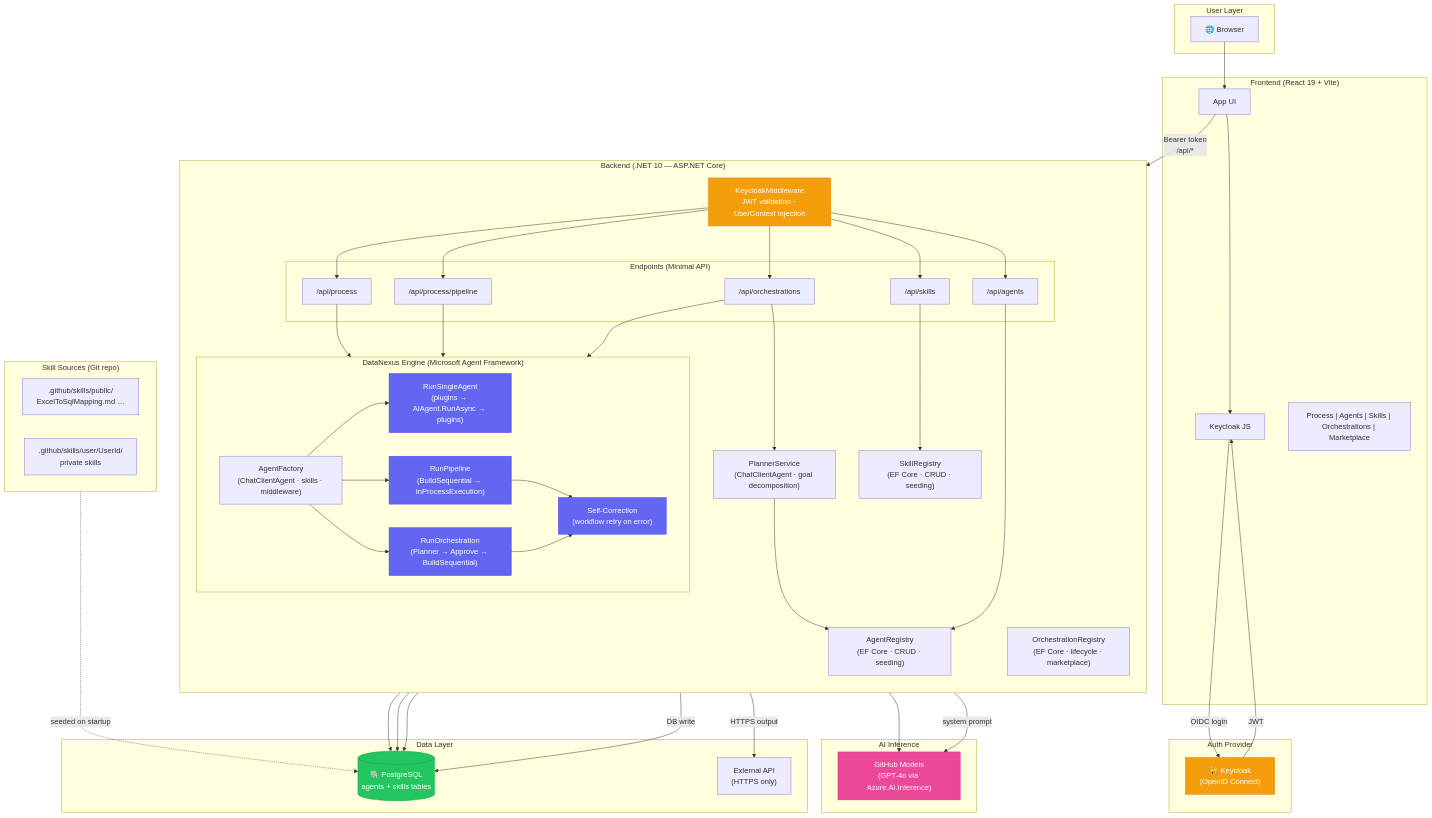
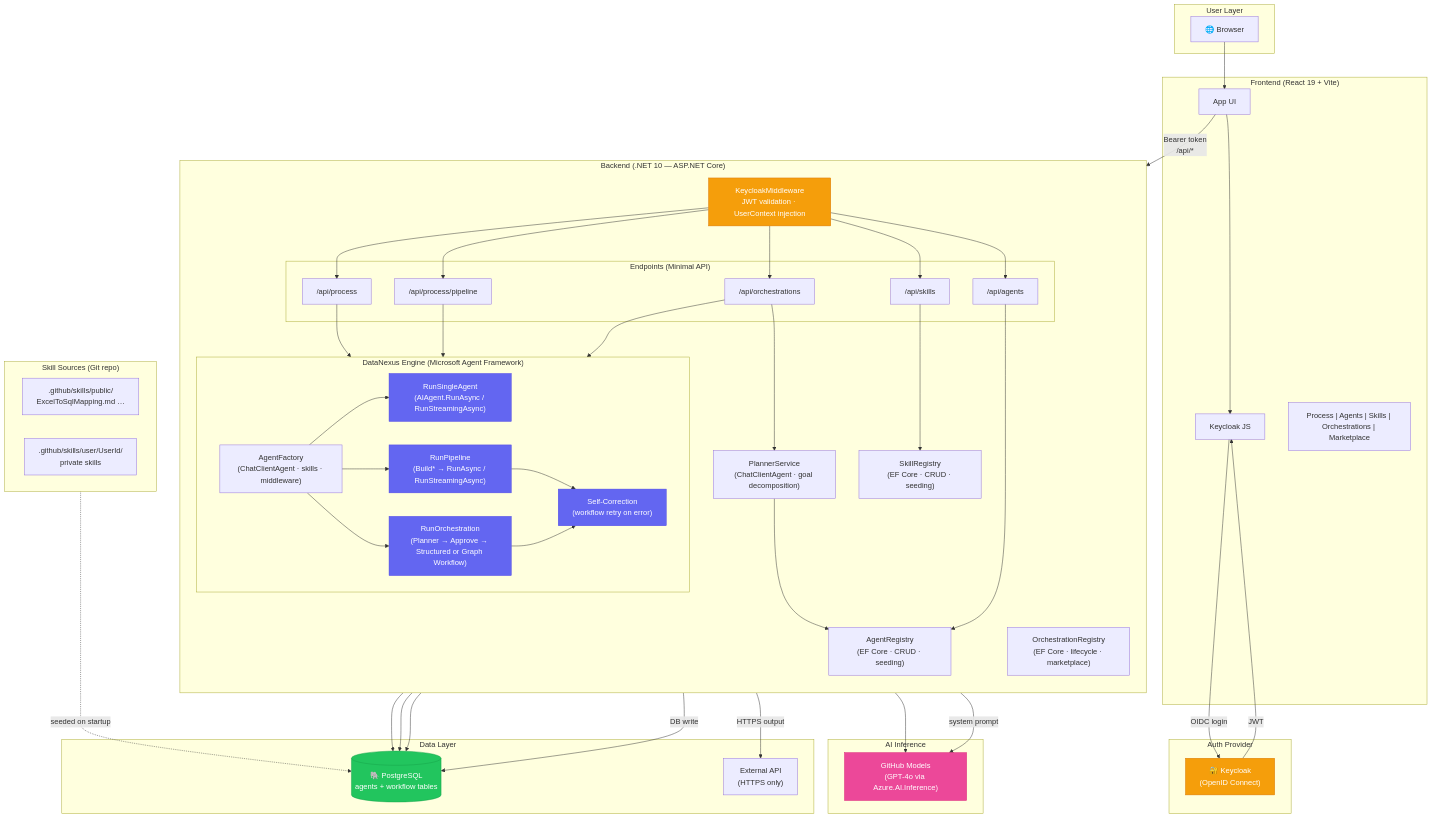
Before and after one commit to lishuren/DataNexusAgent: the diagram in .github/copilot-instructions.md, drawn with Mermaid. The commit also changed other lines of this file and 47 other files, not shown here.

First line of the commit message:
feat: Enhance orchestration and pipeline execution modes with streaming support

```diff
--- a/.github/copilot-instructions.md
+++ b/.github/copilot-instructions.md
@@ -46,9 +46,9 @@
         subgraph "DataNexus Engine  (Microsoft Agent Framework)"
             direction LR
             AF["AgentFactory\n(ChatClientAgent · skills · middleware)"]
-            SingleRun["RunSingleAgent\n(plugins → AIAgent.RunAsync → plugins)"]
-            Pipeline["RunPipeline\n(BuildSequential → InProcessExecution)"]
-            Orchestration["RunOrchestration\n(Planner → Approve → BuildSequential)"]
+            SingleRun["RunSingleAgent\n(AIAgent.RunAsync / RunStreamingAsync)"]
+            Pipeline["RunPipeline\n(Build* → RunAsync / RunStreamingAsync)"]
+            Orchestration["RunOrchestration\n(Planner → Approve → Structured or Graph Workflow)"]
             SelfCorrect["Self-Correction\n(workflow retry on error)"]
             AF --> SingleRun
             AF --> Pipeline
@@ -64,7 +64,7 @@
     end
 
     subgraph "Data Layer"
-        PG[("🐘 PostgreSQL\nagents + skills tables")]
+        PG[("🐘 PostgreSQL\nagents + workflow tables")]
         ExtAPI["External API\n(HTTPS only)"]
     end
 
```
